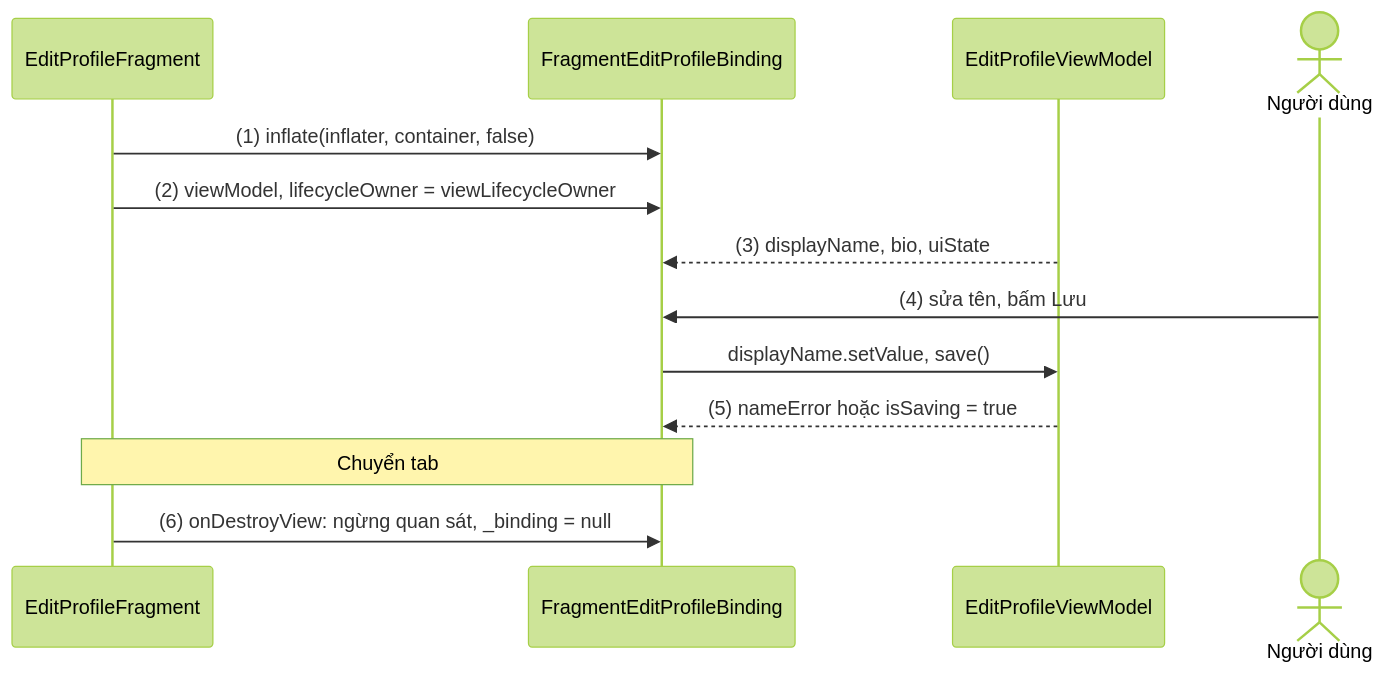
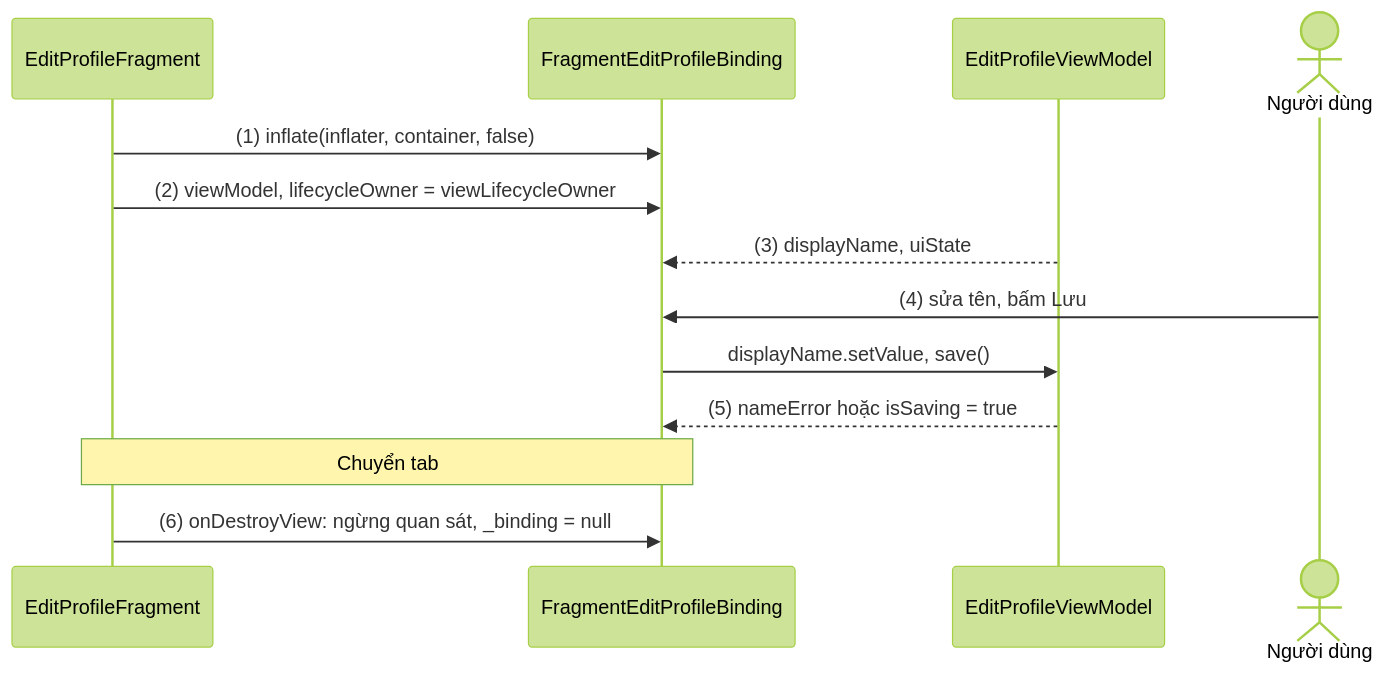
Before and after one commit to h1eu/knowledge: the fifth of 5 diagrams in knowledge/android/docs/session_06/data_binding.md, drawn with Mermaid (forest theme). The commit also changed other lines of this file and 5 other files, not shown here.

````diff
--- a/knowledge/android/docs/session_06/data_binding.md
+++ b/knowledge/android/docs/session_06/data_binding.md
@@ -712,15 +475,15 @@
 ```mermaid
 sequenceDiagram
     participant F as EditProfileFragment
     participant B as FragmentEditProfileBinding
     participant VM as EditProfileViewModel
     actor U as Người dùng
     F->>B: (1) inflate(inflater, container, false)
     F->>B: (2) viewModel, lifecycleOwner = viewLifecycleOwner
-    VM-->>B: (3) displayName, bio, uiState
+    VM-->>B: (3) displayName, uiState
     U->>B: (4) sửa tên, bấm Lưu
     B->>VM: displayName.setValue, save()
     VM-->>B: (5) nameError hoặc isSaving = true
     Note over F,B: Chuyển tab
     F->>B: (6) onDestroyView: ngừng quan sát, _binding = null
 ```
````
